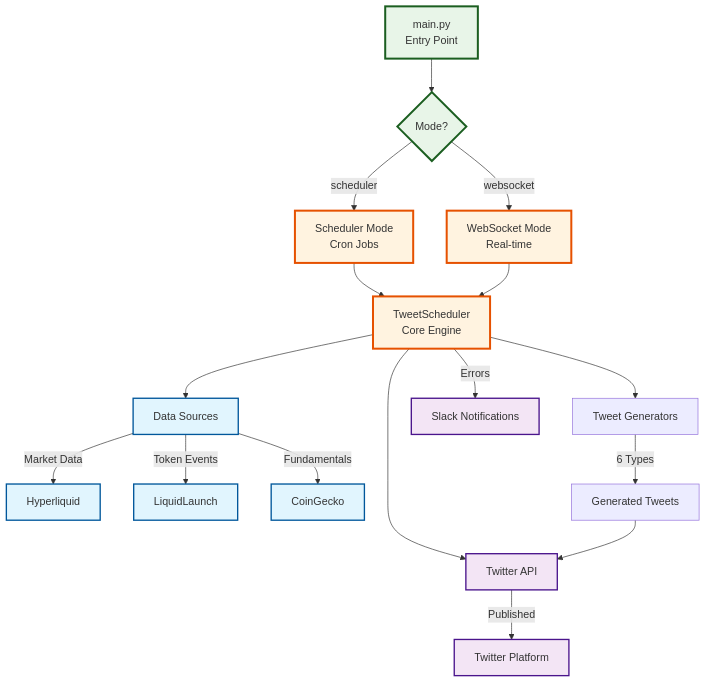
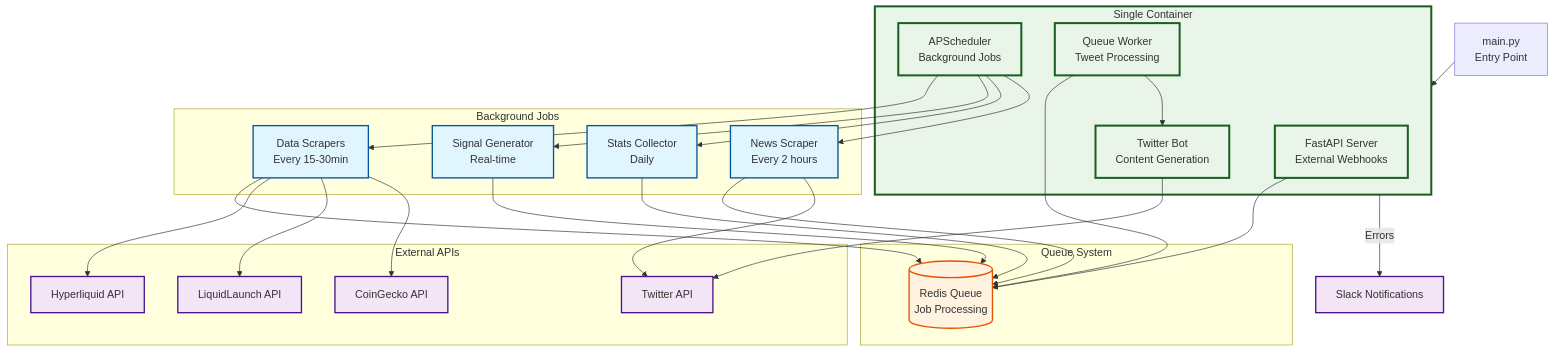
One commit to hypexbt/hypexbt changed the first of 4 diagrams in docs/arch.md. Above: the diagram before and after it, drawn with Mermaid. The commit also changed other lines of this file and 1 other file, not shown here.

Commit message:
docs: update architecture to single container + Redis queue - Updated README.md and arch.md to reflect single-container architecture with Redis queue processing, background jobs, and future scaling path

````diff
--- a/docs/arch.md
+++ b/docs/arch.md
@@ -21,33 +21,61 @@
 ```mermaid
 graph TD
-    START[main.py<br/>Entry Point] --> MODE{Mode?}
-    MODE -->|scheduler| SCHED[Scheduler Mode<br/>Cron Jobs]
-    MODE -->|websocket| WS[WebSocket Mode<br/>Real-time]
+    START[main.py<br/>Entry Point] --> CONTAINER[Single Container]
 
-    SCHED --> SCHEDULER[TweetScheduler<br/>Core Engine]
-    WS --> SCHEDULER
+    subgraph CONTAINER [Single Container]
+        API[FastAPI Server<br/>External Webhooks]
+        SCHED[APScheduler<br/>Background Jobs]
+        WORKER[Queue Worker<br/>Tweet Processing]
+        BOT[Twitter Bot<br/>Content Generation]
+    end
 
-    SCHEDULER --> DATA[Data Sources]
-    SCHEDULER --> GEN[Tweet Generators]
-    SCHEDULER --> POST[Twitter API]
+    subgraph JOBS [Background Jobs]
+        SCRAPE[Data Scrapers<br/>Every 15-30min]
+        SIGNAL[Signal Generator<br/>Real-time]
+        STATS[Stats Collector<br/>Daily]
+        NEWS[News Scraper<br/>Every 2 hours]
+    end
 
-    DATA --> |Market Data| HL[Hyperliquid]
-    DATA --> |Token Events| LL[LiquidLaunch]
-    DATA --> |Fundamentals| CG[CoinGecko]
+    subgraph QUEUE [Queue System]
+        REDIS[(Redis Queue<br/>Job Processing)]
+    end
 
-    GEN --> |6 Types| TWEETS[Generated Tweets]
-    TWEETS --> POST
-    POST --> |Published| TWITTER[Twitter Platform]
+    subgraph EXTERNAL [External APIs]
+        HL[Hyperliquid API]
+        LL[LiquidLaunch API]
+        CG[CoinGecko API]
+        TW[Twitter API]
+    end
 
-    SCHEDULER --> |Errors| SLACK[Slack Notifications]
+    API --> REDIS
+    SCHED --> SCRAPE
+    SCHED --> SIGNAL
+    SCHED --> STATS
+    SCHED --> NEWS
 
-    classDef entry fill:#e8f5e8,stroke:#1b5e20,stroke-width:3px
-    classDef core fill:#fff3e0,stroke:#e65100,stroke-width:3px
-    classDef data fill:#e1f5fe,stroke:#01579b,stroke-width:2px
-    classDef output fill:#f3e5f5,stroke:#4a148c,stroke-width:2px
+    SCRAPE --> REDIS
+    SIGNAL --> REDIS
+    STATS --> REDIS
+    NEWS --> REDIS
 
-    class START,MODE entry
-    class SCHEDULER,SCHED,WS core
-    class DATA,HL,LL,CG data
-    class POST,TWITTER,SLACK output
+    WORKER --> REDIS
+    WORKER --> BOT
+    BOT --> TW
+
+    SCRAPE --> HL
+    SCRAPE --> LL
+    SCRAPE --> CG
+    NEWS --> TW
+
+    CONTAINER --> |Errors| SLACK[Slack Notifications]
+
+    classDef container fill:#e8f5e8,stroke:#1b5e20,stroke-width:3px
+    classDef jobs fill:#e1f5fe,stroke:#01579b,stroke-width:2px
+    classDef queue fill:#fff3e0,stroke:#e65100,stroke-width:2px
+    classDef external fill:#f3e5f5,stroke:#4a148c,stroke-width:2px
+
+    class CONTAINER,API,SCHED,WORKER,BOT container
+    class SCRAPE,SIGNAL,STATS,NEWS jobs
+    class REDIS queue
+    class HL,LL,CG,TW,SLACK external
 ```
````
